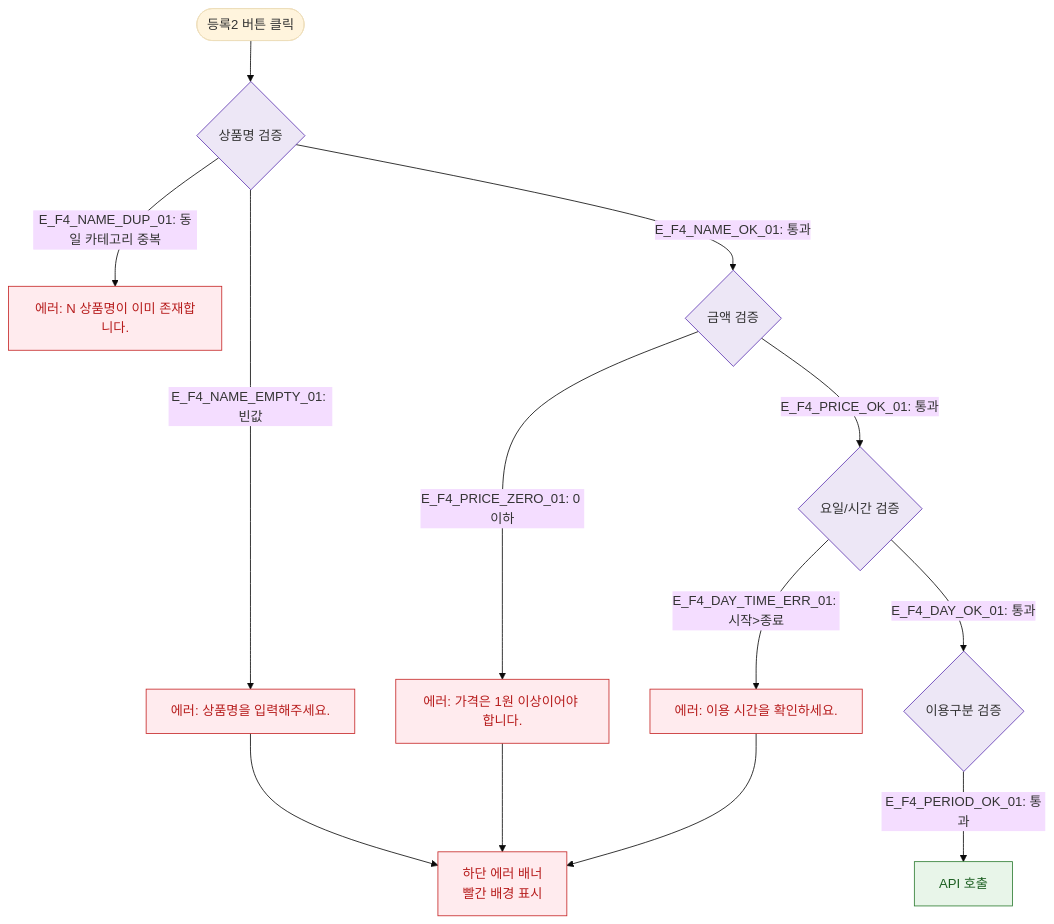
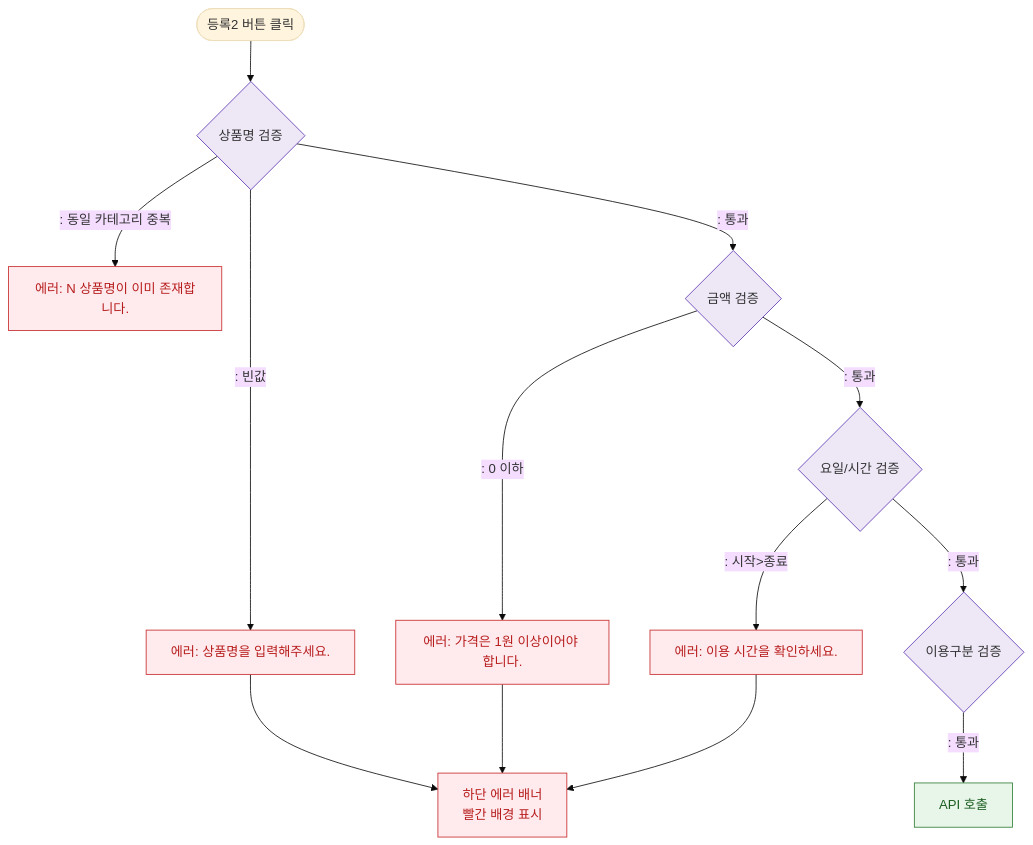
One commit to dev-spogym/admin-pando changed the diagram in docs/다이어그램/D05_상품관리/SCR-P002_상품등록수정_레거시/F4_필터검색정렬.md. Above: the diagram before and after it, drawn with Mermaid (base theme). The commit also changed other lines of this file and 1660 other files, not shown here.

First line of the commit message:
다이어그램: 기획자/클라이언트 납품본으로 정리

````diff
--- a/docs/다이어그램/D05_상품관리/SCR-P002_상품등록수정_레거시/F4_필터검색정렬.md
+++ b/docs/다이어그램/D05_상품관리/SCR-P002_상품등록수정_레거시/F4_필터검색정렬.md
@@ -19,24 +17,24 @@
 ```mermaid
 flowchart TD
     SUBMIT([등록2 버튼 클릭]) --> V_NAME{상품명 검증}
-    V_NAME -->|"E_F4_NAME_EMPTY_01: 빈값"| E_NAME[에러: 상품명을 입력해주세요.]
-    V_NAME -->|"E_F4_NAME_DUP_01: 동일 카테고리 중복"| E_DUP[에러: N 상품명이 이미 존재합니다.]
-    V_NAME -->|"E_F4_NAME_OK_01: 통과"| V_PRICE{금액 검증}
+    V_NAME -->|": 빈값"|E_NAME[에러: 상품명을 입력해주세요.]
+    V_NAME -->|": 동일 카테고리 중복"|E_DUP[에러: N 상품명이 이미 존재합니다.]
+    V_NAME -->|": 통과"|V_PRICE{금액 검증}
 
-    V_PRICE -->|"E_F4_PRICE_ZERO_01: 0 이하"| E_PRICE[에러: 가격은 1원 이상이어야 합니다.]
-    V_PRICE -->|"E_F4_PRICE_OK_01: 통과"| V_DAY{요일/시간 검증}
+    V_PRICE -->|": 0 이하"|E_PRICE[에러: 가격은 1원 이상이어야 합니다.]
+    V_PRICE -->|": 통과"|V_DAY{요일/시간 검증}
 
-    V_DAY -->|"E_F4_DAY_TIME_ERR_01: 시작>종료"| E_DAY[에러: 이용 시간을 확인하세요.]
-    V_DAY -->|"E_F4_DAY_OK_01: 통과"| V_PERIOD{이용구분 검증}
+    V_DAY -->|": 시작>종료"|E_DAY[에러: 이용 시간을 확인하세요.]
+    V_DAY -->|": 통과"|V_PERIOD{이용구분 검증}
 
-    V_PERIOD -->|"E_F4_PERIOD_OK_01: 통과"| SUBMIT_OK[API 호출]
+    V_PERIOD -->|": 통과"|SUBMIT_OK[API 호출]
 
     E_NAME & E_PRICE & E_DAY --> ERR_BANNER[하단 에러 배너\n빨간 배경 표시]
 
     classDef error fill:#FFEBEE,stroke:#C62828,color:#B71C1C
     classDef success fill:#E8F5E9,stroke:#2E7D32,color:#1B5E20
     classDef system fill:#EDE7F6,stroke:#5E35B2
     class E_NAME,E_DUP,E_PRICE,E_DAY,ERR_BANNER error
     class SUBMIT_OK success
     class V_NAME,V_PRICE,V_DAY,V_PERIOD system
 ```
````
